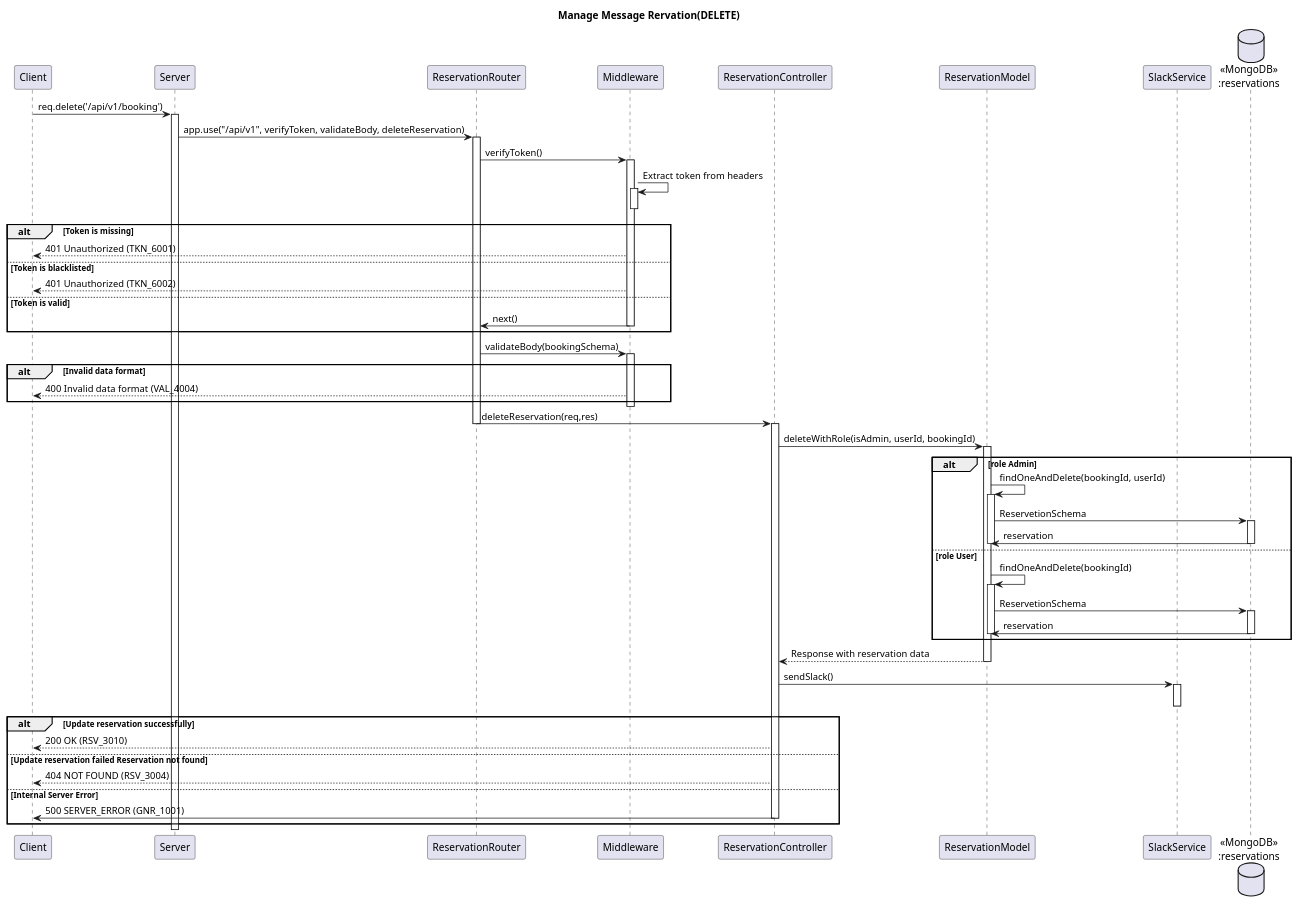
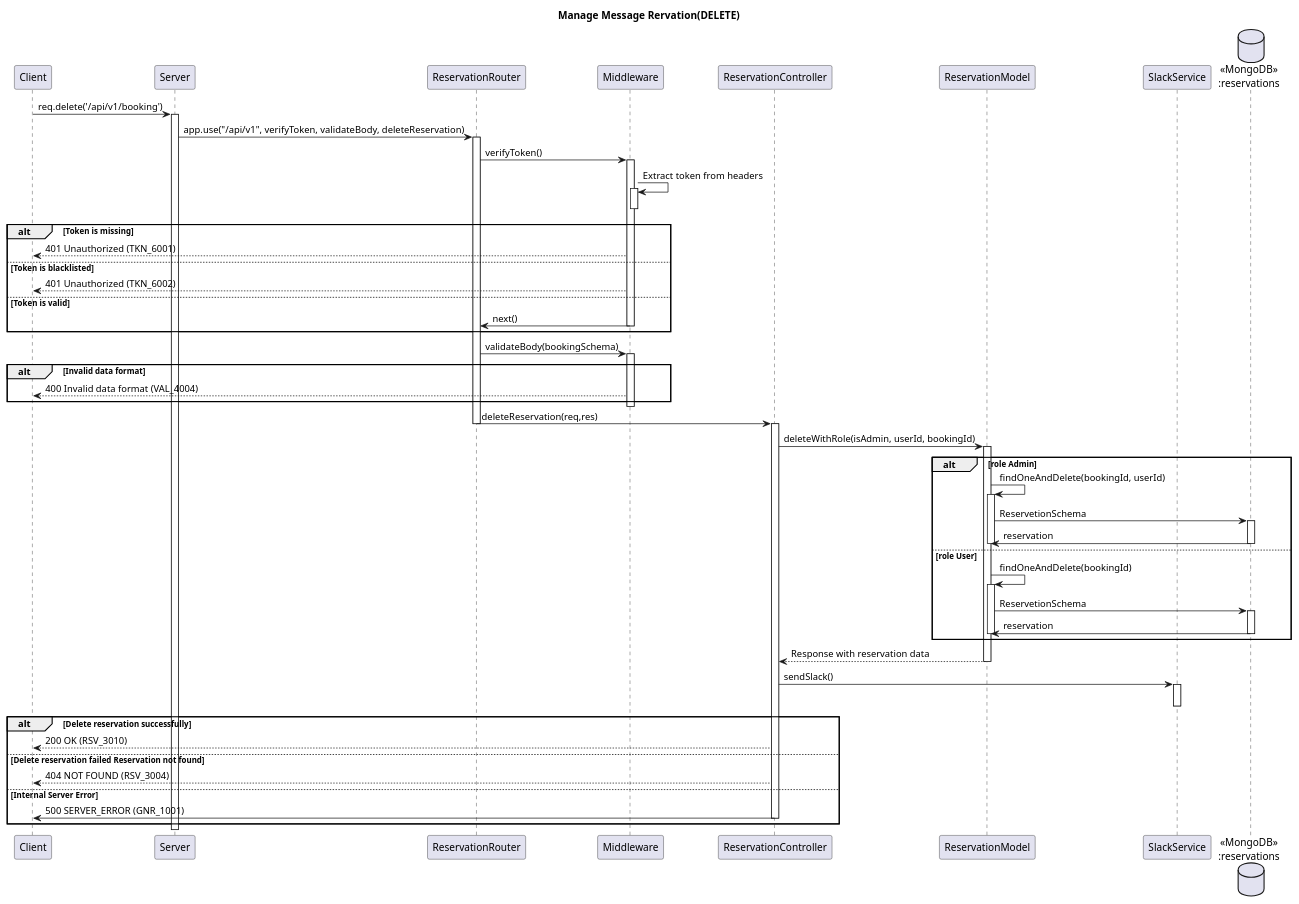
Before and after one commit to mindwua/massage_reservation: the diagram in diagram/reservation/delete_booking.puml, drawn with PlantUML. The commit also changed 4 other files, not shown here.

```diff
--- a/diagram/reservation/delete_booking.puml
+++ b/diagram/reservation/delete_booking.puml
@@ -1,85 +1,85 @@
 @startuml
 
 title "Manage Message Rervation(DELETE)"
 
 
 participant Client
 participant Server
 participant ReservationRouter as "ReservationRouter"
 participant Middleware
 participant ReservationController as "ReservationController"
 participant ReservationModel as "ReservationModel"
 participant SlackService
 database "<<MongoDB>>\n:reservations" as ReservationDatabase
 
 Client -> Server: req.delete('/api/v1/booking')
 activate Server
 Server -> ReservationRouter: app.use("/api/v1", verifyToken, validateBody, deleteReservation)
 activate ReservationRouter
 
 ReservationRouter -> Middleware: verifyToken()
 activate Middleware
 Middleware -> Middleware: Extract token from headers
 activate Middleware
 deactivate Middleware
 
 alt Token is missing
     Middleware --> Client: 401 Unauthorized (TKN_6001)
 else Token is blacklisted
     Middleware --> Client: 401 Unauthorized (TKN_6002)
 else Token is valid
     Middleware -> ReservationRouter: next()
     deactivate Middleware
 end
 
 ReservationRouter -> Middleware: validateBody(bookingSchema)
 activate Middleware
 
 alt Invalid data format
     Middleware --> Client: 400 Invalid data format (VAL_4004)
 end
 deactivate Middleware
 
 ReservationRouter -> ReservationController: deleteReservation(req,res)
 deactivate ReservationRouter
 activate ReservationController
 
 ReservationController -> ReservationModel: deleteWithRole(isAdmin, userId, bookingId)
 activate ReservationModel
 
 alt role Admin
     ReservationModel -> ReservationModel: findOneAndDelete(bookingId, userId)
     activate ReservationModel
     ReservationModel -> ReservationDatabase: ReservetionSchema
     activate ReservationDatabase
     ReservationDatabase -> ReservationModel: reservation
     deactivate ReservationDatabase
     deactivate ReservationModel
 else role User
     ReservationModel -> ReservationModel: findOneAndDelete(bookingId)
     activate ReservationModel
     ReservationModel -> ReservationDatabase: ReservetionSchema
     activate ReservationDatabase
     ReservationDatabase -> ReservationModel: reservation
     deactivate ReservationDatabase
     deactivate ReservationModel
 end
 
 ReservationModel --> ReservationController: Response with reservation data
 deactivate ReservationModel
 
 ReservationController -> SlackService: sendSlack()
 activate SlackService
 deactivate SlackService
 ' ReservationController --> Server: Response data
 ' deactivate ReservationController
 
-alt Update reservation successfully
+alt Delete reservation successfully
     ReservationController --> Client: 200 OK (RSV_3010)
-else Update reservation failed Reservation not found
+else Delete reservation failed Reservation not found
     ReservationController --> Client: 404 NOT FOUND (RSV_3004)
 else Internal Server Error
     ReservationController -> Client: 500 SERVER_ERROR (GNR_1001)
 deactivate ReservationController
 end
 @enduml
```
